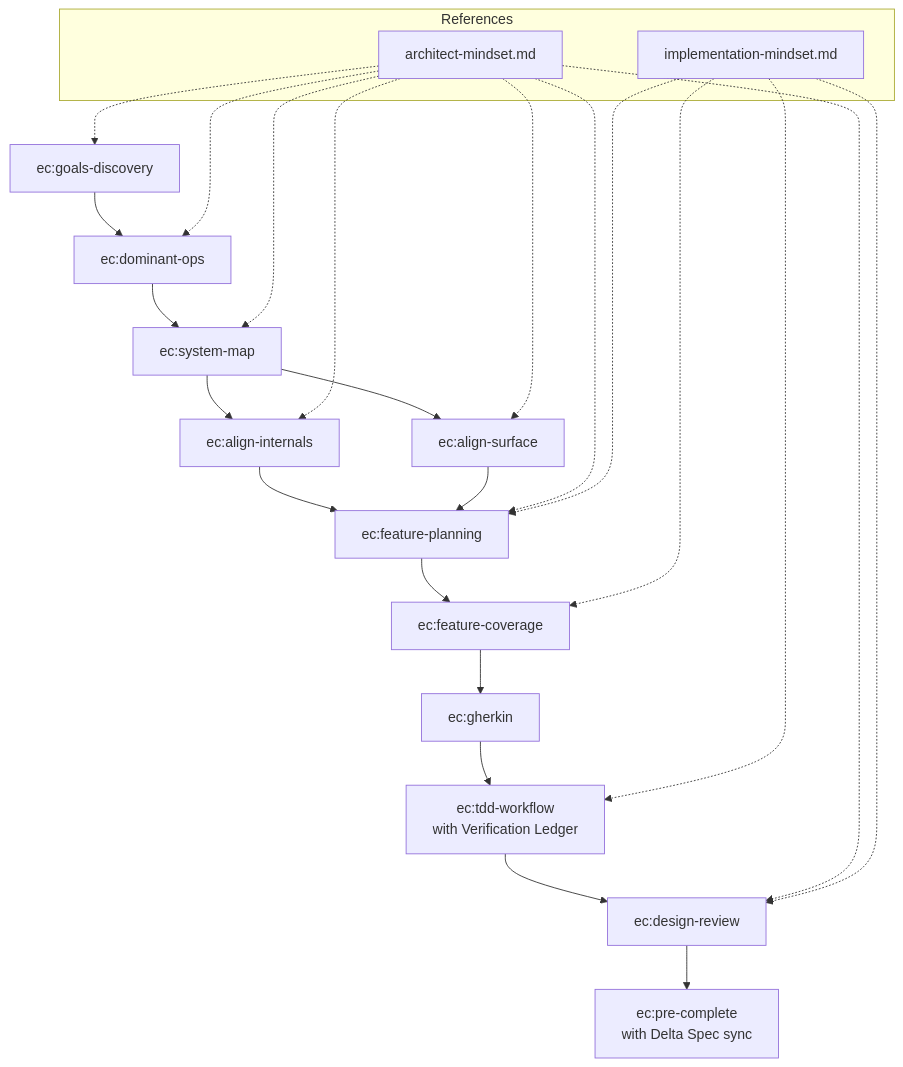
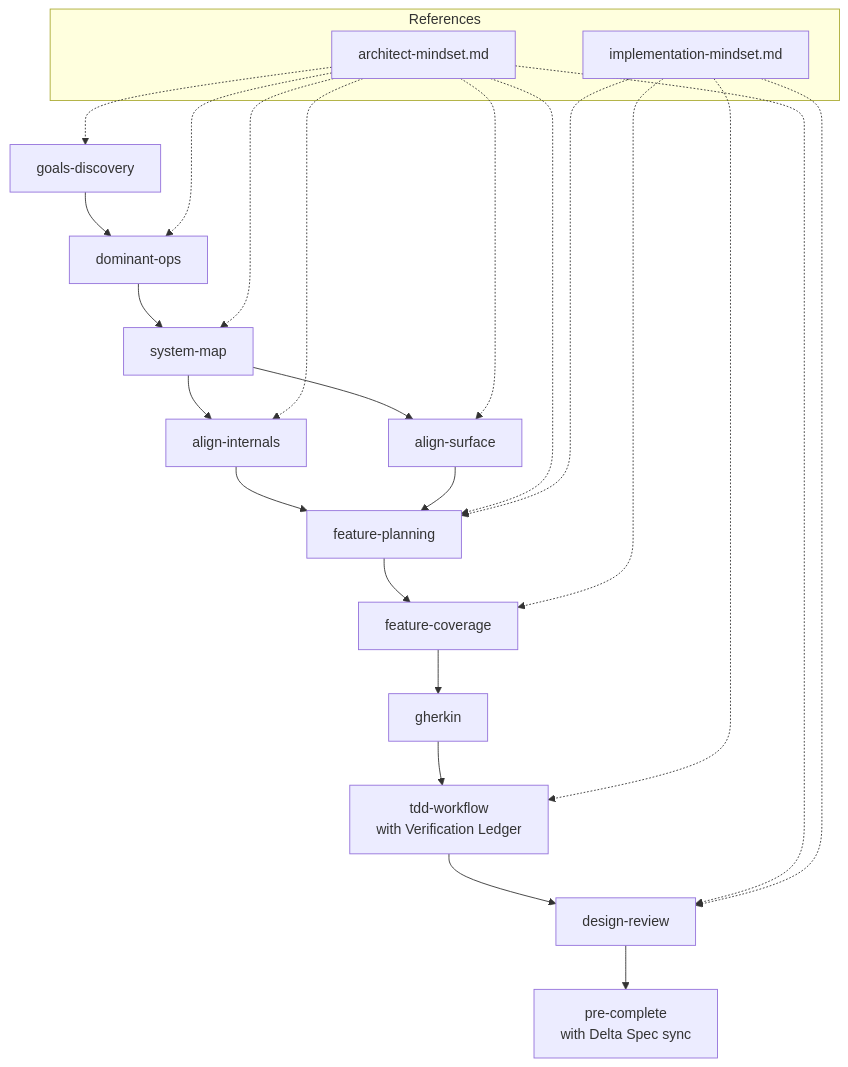
Before and after one commit to class83108/insight-to-quality: the diagram in plugins/insight-to-quality/CLAUDE.md, drawn with Mermaid. The commit also changed other lines of this file and 34 other files, not shown here.

````diff
--- a/plugins/insight-to-quality/CLAUDE.md
+++ b/plugins/insight-to-quality/CLAUDE.md
@@ -11,21 +11,21 @@
 ```mermaid
 flowchart TD
     subgraph refs[References]
         AM[architect-mindset.md]
         IM[implementation-mindset.md]
     end
 
-    G[ec:goals-discovery] --> D[ec:dominant-ops]
-    D --> S[ec:system-map]
-    S --> AI[ec:align-internals]
-    S --> AS[ec:align-surface]
-    AI & AS --> FP[ec:feature-planning]
-    FP --> FC[ec:feature-coverage]
-    FC --> GH[ec:gherkin]
-    GH --> TDD[ec:tdd-workflow<br/>with Verification Ledger]
-    TDD --> DR[ec:design-review]
-    DR --> PC[ec:pre-complete<br/>with Delta Spec sync]
+    G[goals-discovery] --> D[dominant-ops]
+    D --> S[system-map]
+    S --> AI[align-internals]
+    S --> AS[align-surface]
+    AI & AS --> FP[feature-planning]
+    FP --> FC[feature-coverage]
+    FC --> GH[gherkin]
+    GH --> TDD[tdd-workflow<br/>with Verification Ledger]
+    TDD --> DR[design-review]
+    DR --> PC[pre-complete<br/>with Delta Spec sync]
 
     AM -.-> G & D & S & AI & AS & FP & DR
     IM -.-> FP & FC & TDD & DR
 ```
````
